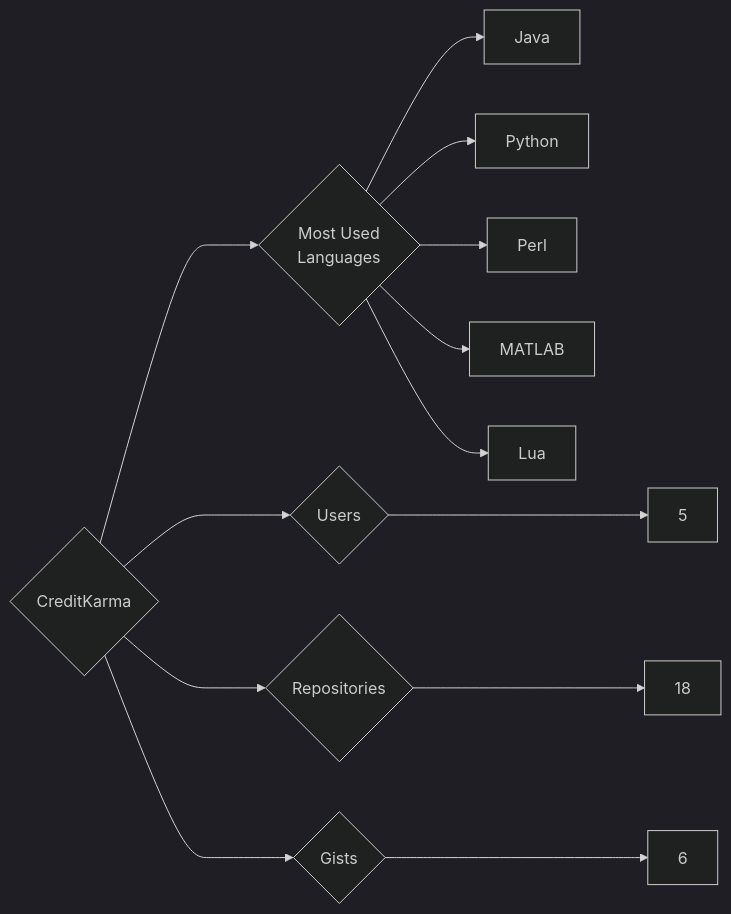
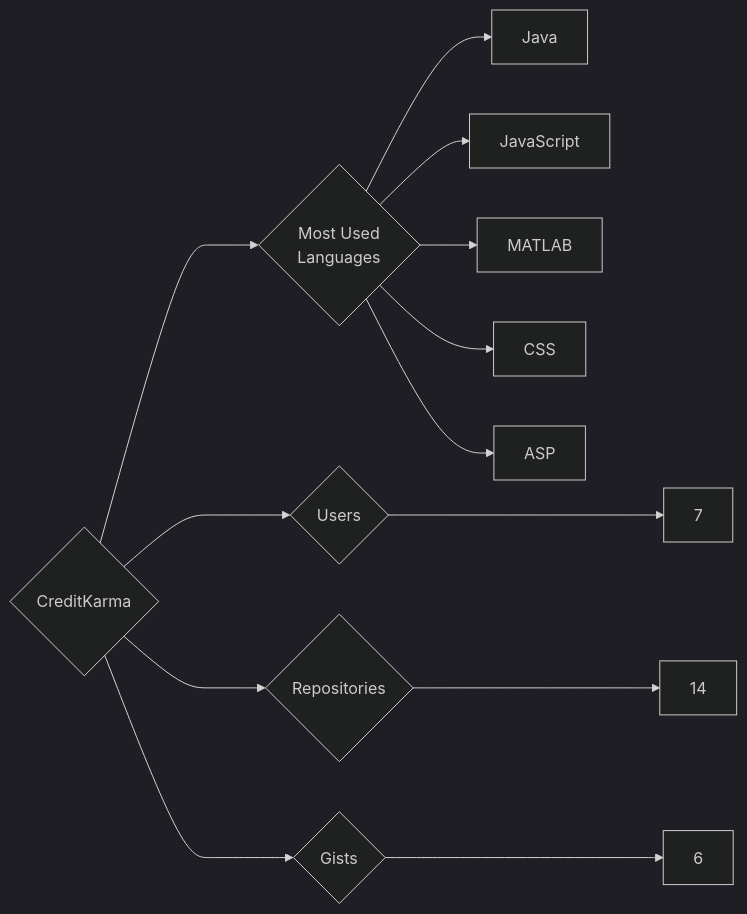
Before and after one commit to trickest/insiders: the diagram in targets/CreditKarma/README.md, drawn with Mermaid (dark theme). The commit also changed 1141 other files, not shown here.

````diff
--- a/targets/CreditKarma/README.md
+++ b/targets/CreditKarma/README.md
@@ -3,13 +3,13 @@
 ```mermaid
 graph LR
 COMPANY_NAME{CreditKarma}
-COMPANY_NAME ---> U{Users} ---> UN[5]
-COMPANY_NAME ---> R{Repositories} ---> RN[18]
+COMPANY_NAME ---> U{Users} ---> UN[7]
+COMPANY_NAME ---> R{Repositories} ---> RN[14]
 COMPANY_NAME ---> G{Gists} ---> GN[6]
 COMPANY_NAME ---> ML{Most Used<br>Languages}
 ML --> Java[Java]
-ML --> Python[Python]
-ML --> Perl[Perl]
+ML --> JavaScript[JavaScript]
 ML --> MATLAB[MATLAB]
-ML --> Lua[Lua]
+ML --> CSS[CSS]
+ML --> ASP[ASP]
 ```
````
